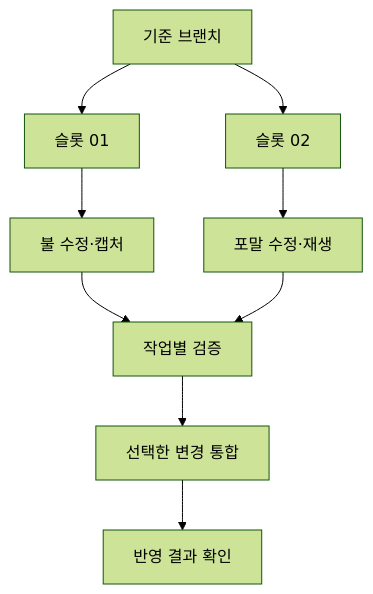
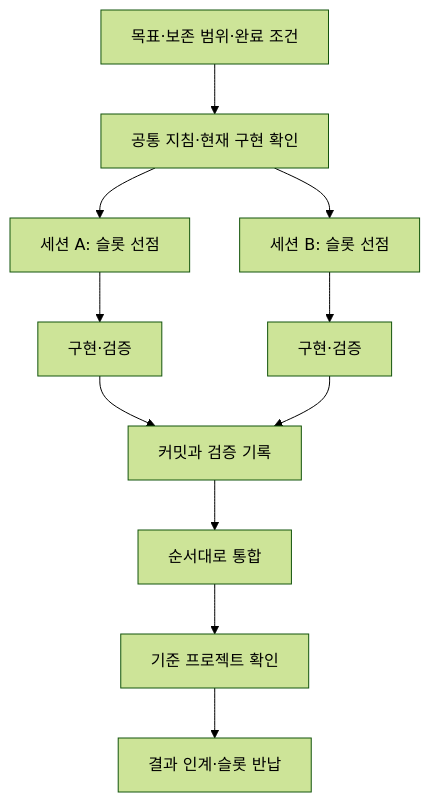
The diagram in content/articles/ai/parallel-ai-worktrees.md (imjae/imjae.github.io), drawn with Mermaid (forest theme) before and after one commit. The commit also changed other lines of this file, not shown here.

````diff
--- a/content/articles/ai/parallel-ai-worktrees.md
+++ b/content/articles/ai/parallel-ai-worktrees.md
@@ -42,11 +77,13 @@
 ```mermaid
 flowchart TD
-    A[기준 브랜치] --> B[슬롯 01]
-    A --> C[슬롯 02]
-    B --> D[불 수정·캡처]
-    C --> E[포말 수정·재생]
-    D --> F[작업별 검증]
-    E --> F
-    F --> G[선택한 변경 통합]
-    G --> H[반영 결과 확인]
+    A[목표·보존 범위·완료 조건] --> B[공통 지침·현재 구현 확인]
+    B --> C[세션 A: 슬롯 선점]
+    B --> D[세션 B: 슬롯 선점]
+    C --> E[구현·검증]
+    D --> F[구현·검증]
+    E --> G[커밋과 검증 기록]
+    F --> G
+    G --> H[순서대로 통합]
+    H --> I[기준 프로젝트 확인]
+    I --> J[결과 인계·슬롯 반납]
 ```
````
